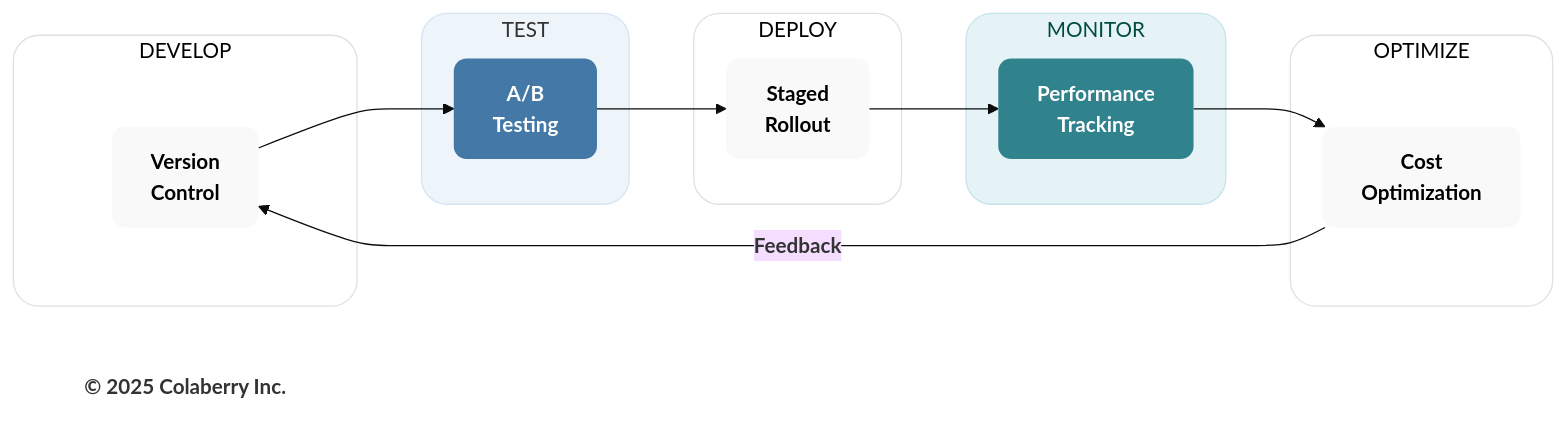
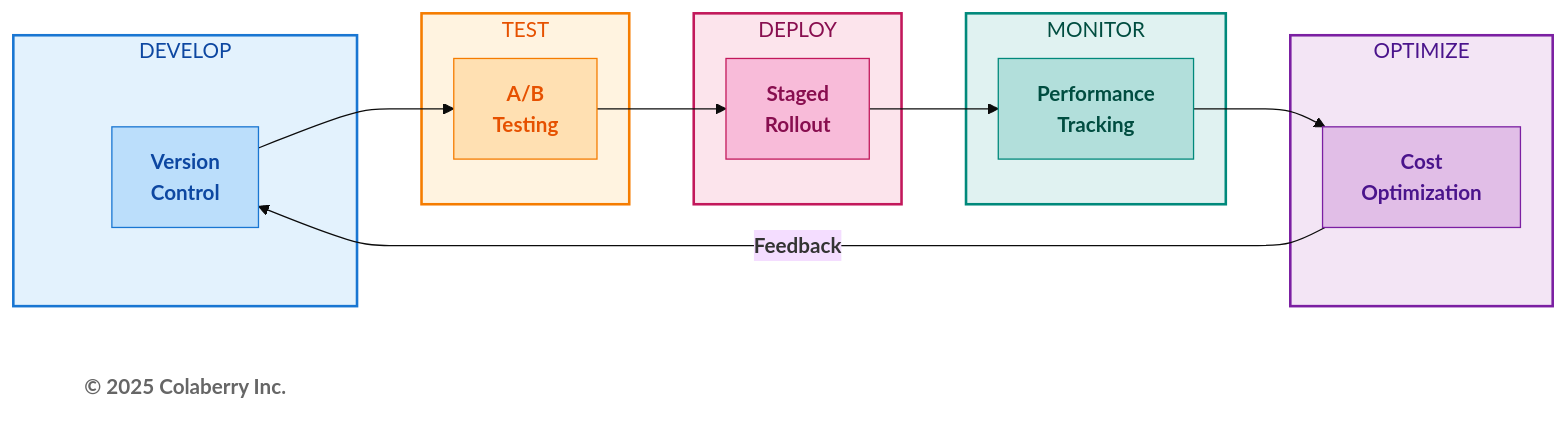
The third of 6 diagrams in manuscript/13_chapter_12_running_agents_at_scale.md (saitejesh-cyber/trust-before-intelligence-book), drawn with Mermaid (base theme) before and after one commit. The commit also changed other lines of this file and 12 other files, not shown here.

Commit message:
Restore legacy Mermaid styles for Option 1

````diff
--- a/manuscript/13_chapter_12_running_agents_at_scale.md
+++ b/manuscript/13_chapter_12_running_agents_at_scale.md
@@ -320,39 +320,39 @@
 ```mermaid
 graph LR
     subgraph DEVELOP["DEVELOP"]
         D1["<b>Version<br/>Control</b>"]
     end
     
     subgraph TEST["TEST"]
         T1["<b>A/B<br/>Testing</b>"]
     end
     
     subgraph DEPLOY["DEPLOY"]
         P1["<b>Staged<br/>Rollout</b>"]
     end
     
     subgraph MONITOR["MONITOR"]
         M1["<b>Performance<br/>Tracking</b>"]
     end
     
     subgraph OPTIMIZE["OPTIMIZE"]
         O1["<b>Cost<br/>Optimization</b>"]
     end
     
     D1 --> T1 --> P1 --> M1 --> O1
     O1 -->|<b>Feedback</b>| D1
     
     Copyright["<b>© 2025 Colaberry Inc.</b>"]
     
-    style DEVELOP fill:#ffffff,stroke:#e0e0e0,stroke-width:1px,color:#000000,rx:20,ry:20
-    style TEST fill:#edf4fa,stroke:#d6e4f2,stroke-width:1px,color:#333333,rx:20,ry:20
-    style DEPLOY fill:#ffffff,stroke:#e0e0e0,stroke-width:1px,color:#000000,rx:20,ry:20
-    style MONITOR fill:#e6f3f6,stroke:#c7e3ea,stroke-width:1px,color:#004d40,rx:20,ry:20
-    style OPTIMIZE fill:#ffffff,stroke:#e0e0e0,stroke-width:1px,color:#000000,rx:20,ry:20
-    style D1 fill:#f9f9f9,stroke:none,color:#000000,rx:10,ry:10
-    style T1 fill:#4478A6,stroke:none,color:#ffffff,rx:10,ry:10
-    style P1 fill:#f9f9f9,stroke:none,color:#000000,rx:10,ry:10
-    style M1 fill:#30838C,stroke:none,color:#ffffff,rx:10,ry:10
-    style O1 fill:#f9f9f9,stroke:none,color:#000000,rx:10,ry:10
-    style Copyright fill:none,stroke:none,color:#333333
+    style DEVELOP fill:#e3f2fd,stroke:#1976d2,stroke-width:2px,color:#0d47a1
+    style TEST fill:#fff3e0,stroke:#f57c00,stroke-width:2px,color:#e65100
+    style DEPLOY fill:#fce4ec,stroke:#c2185b,stroke-width:2px,color:#880e4f
+    style MONITOR fill:#e0f2f1,stroke:#00897b,stroke-width:2px,color:#004d40
+    style OPTIMIZE fill:#f3e5f5,stroke:#7b1fa2,stroke-width:2px,color:#4a148c
+    style D1 fill:#bbdefb,stroke:#1976d2,color:#0d47a1
+    style T1 fill:#ffe0b2,stroke:#f57c00,color:#e65100
+    style P1 fill:#f8bbd9,stroke:#c2185b,color:#880e4f
+    style M1 fill:#b2dfdb,stroke:#00897b,color:#004d40
+    style O1 fill:#e1bee7,stroke:#7b1fa2,color:#4a148c
+    style Copyright fill:#ffffff,stroke:none,color:#666666
 ```
````
